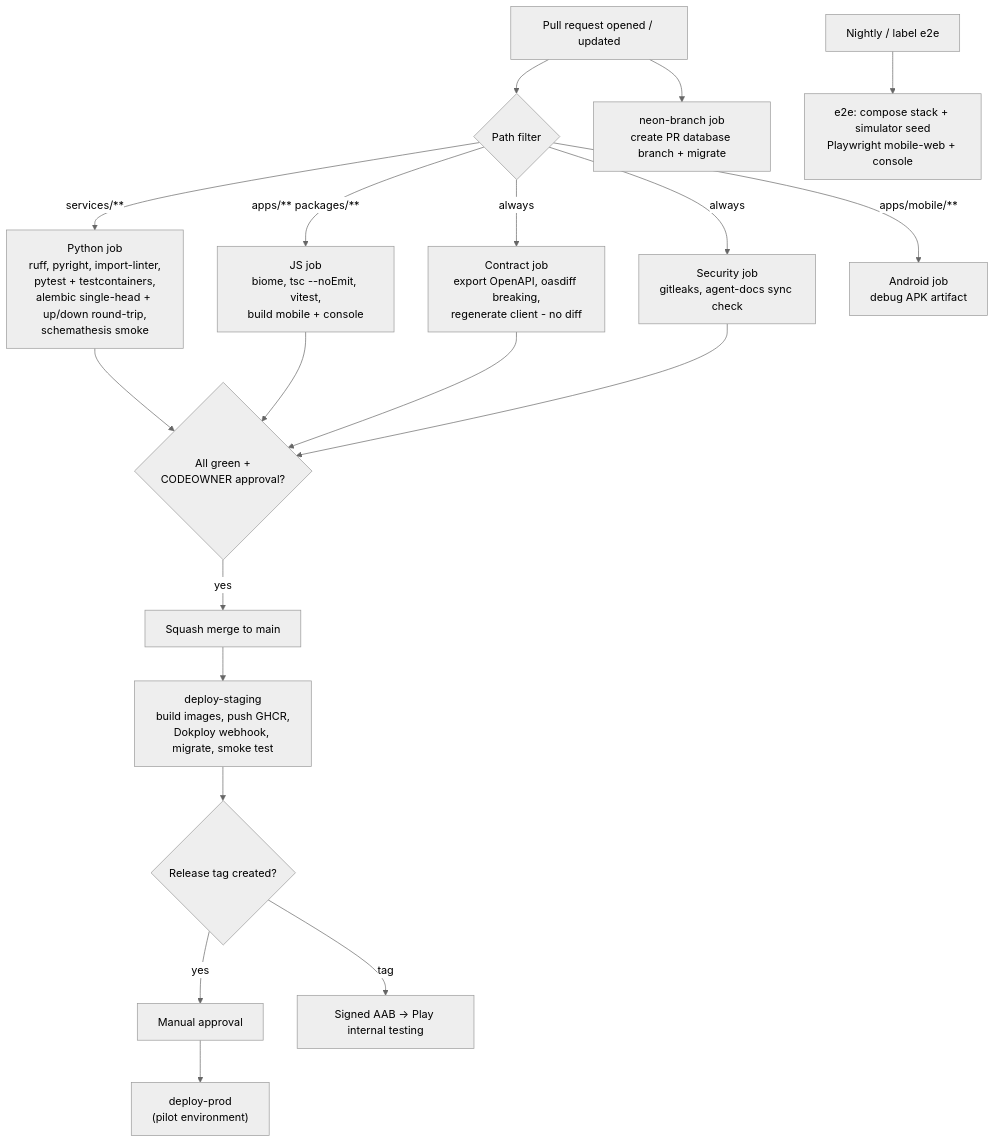
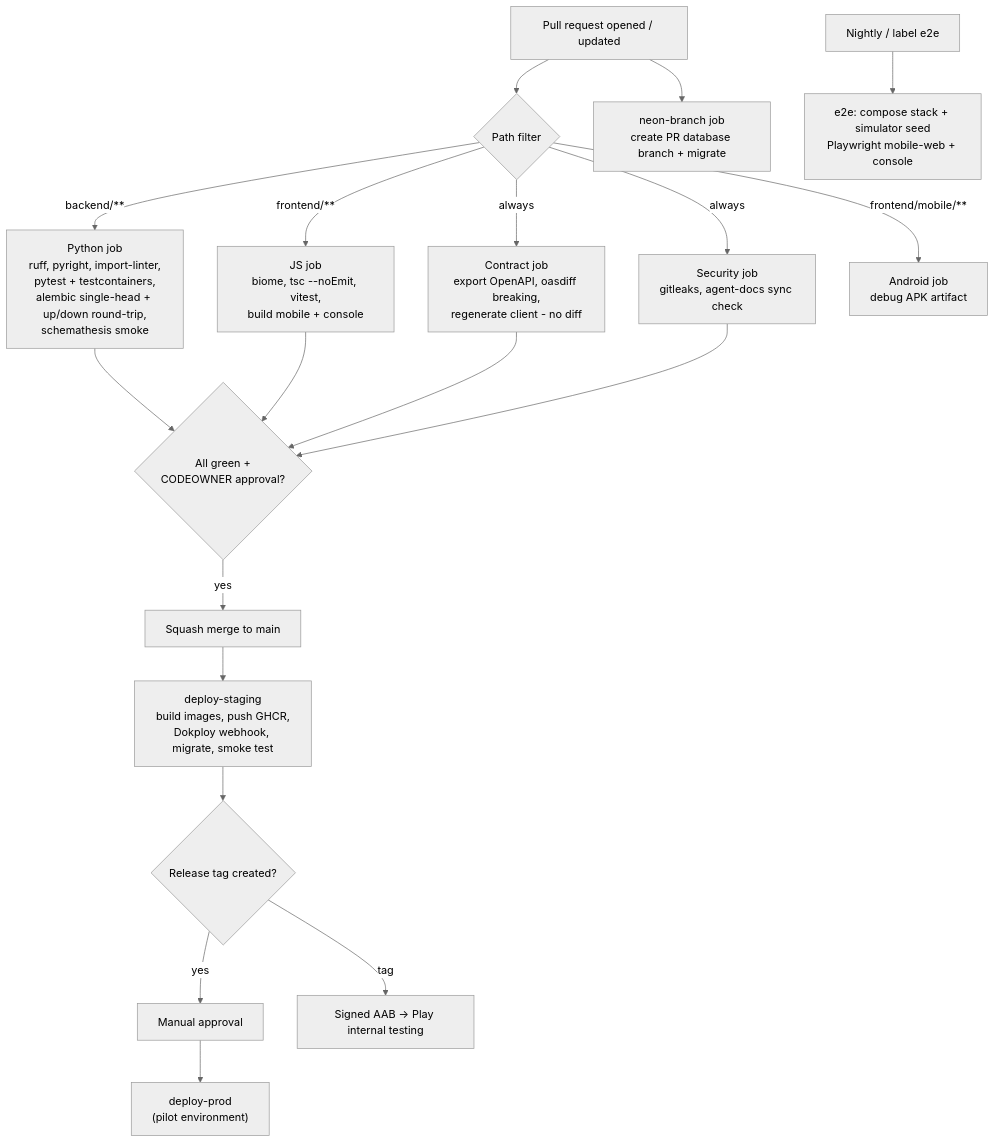
Before and after one commit to prelekar7/GharBasket: the second of 3 diagrams in docs/handbook/11-engineering-process.md, drawn with Mermaid (neutral theme). The commit also changed other lines of this file and 154 other files, not shown here.

First line of the commit message:
chore(platform): move code into frontend/ and backend/ with one folder per module

````diff
--- a/docs/handbook/11-engineering-process.md
+++ b/docs/handbook/11-engineering-process.md
@@ -105,21 +105,21 @@
 ```mermaid
 flowchart TD
     PR["Pull request opened / updated"] --> PF{"Path filter"}
-    PF -->|"services/**"| PY["Python job<br/>ruff, pyright, import-linter,<br/>pytest + testcontainers,<br/>alembic single-head + up/down round-trip,<br/>schemathesis smoke"]
-    PF -->|"apps/** packages/**"| JS["JS job<br/>biome, tsc --noEmit, vitest,<br/>build mobile + console"]
+    PF -->|"backend/**"| PY["Python job<br/>ruff, pyright, import-linter,<br/>pytest + testcontainers,<br/>alembic single-head + up/down round-trip,<br/>schemathesis smoke"]
+    PF -->|"frontend/**"| JS["JS job<br/>biome, tsc --noEmit, vitest,<br/>build mobile + console"]
     PF -->|always| CT["Contract job<br/>export OpenAPI, oasdiff breaking,<br/>regenerate client - no diff"]
     PF -->|always| SEC["Security job<br/>gitleaks, agent-docs sync check"]
-    PF -->|"apps/mobile/**"| AND["Android job<br/>debug APK artifact"]
+    PF -->|"frontend/mobile/**"| AND["Android job<br/>debug APK artifact"]
     PR --> NB["neon-branch job<br/>create PR database branch + migrate"]
     PY --> OK{"All green +<br/>CODEOWNER approval?"}
     JS --> OK
     CT --> OK
     SEC --> OK
     OK -->|yes| MG["Squash merge to main"]
     MG --> STG["deploy-staging<br/>build images, push GHCR,<br/>Dokploy webhook, migrate, smoke test"]
     STG --> TAG{"Release tag created?"}
     TAG -->|yes| APR["Manual approval"]
     APR --> PROD["deploy-prod<br/>(pilot environment)"]
     TAG -->|"tag"| AAB["Signed AAB -> Play internal testing"]
     NIGHT["Nightly / label e2e"] --> E2E["e2e: compose stack + simulator seed<br/>Playwright mobile-web + console"]
 ```
````
